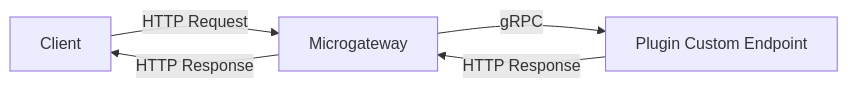
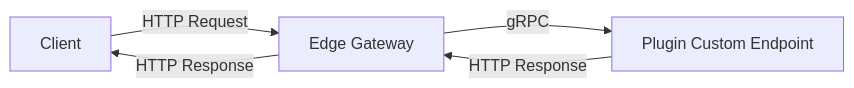
Before and after one commit to TykTechnologies/tyk-docs: the diagram in ai-management/ai-studio/plugins/custom-endpoints.mdx, drawn with Mermaid. The commit also changed other lines of this file and 10 other files, not shown here.

Commit message:
docs: update terminology from Microgateway to Edge Gateway

````diff
--- a/ai-management/ai-studio/plugins/custom-endpoints.mdx
+++ b/ai-management/ai-studio/plugins/custom-endpoints.mdx
@@ -13,7 +13,7 @@
 ```mermaid
 graph LR
-    A[Client] -->|HTTP Request| B[Microgateway]
+    A[Client] -->|HTTP Request| B[Edge Gateway]
     B -->|gRPC| C[Plugin Custom Endpoint]
     C -->|HTTP Response| B
     B -->|HTTP Response| A
 ```
````
